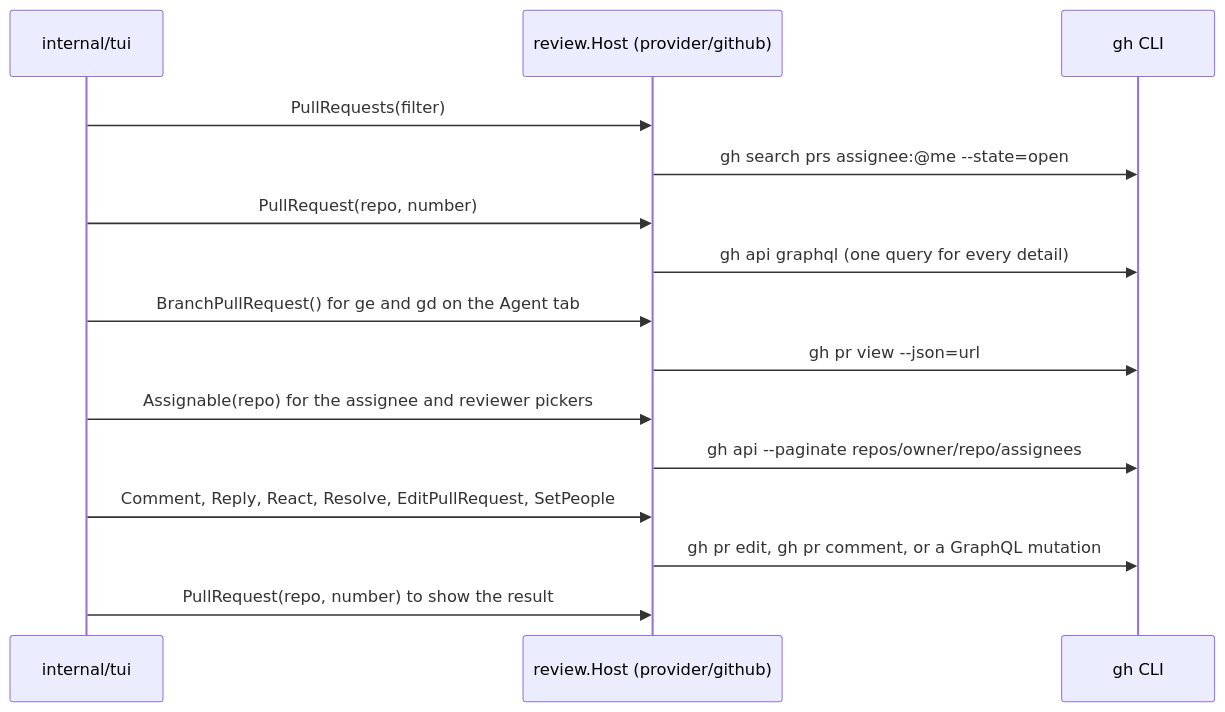
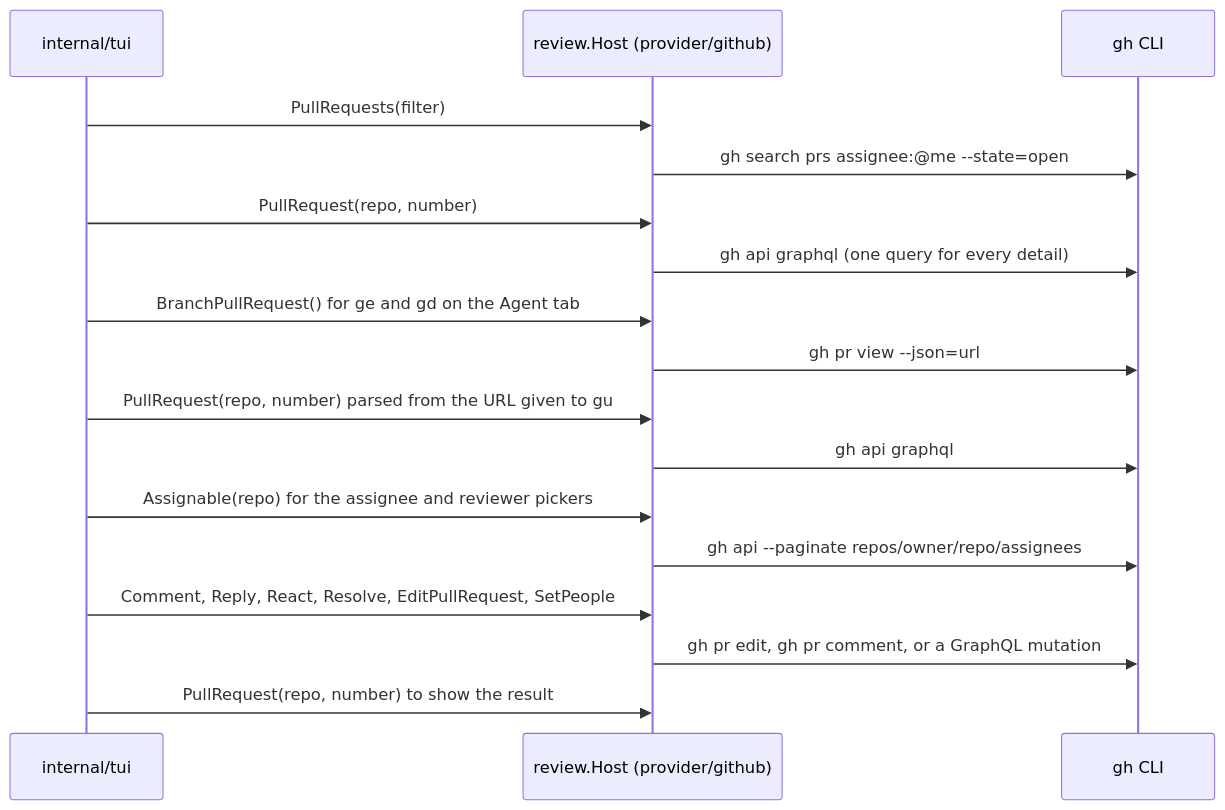
One commit to jfmainville/revunk changed the diagram in docs/pull-requests.md. Above: the diagram before and after it, drawn with Mermaid. The commit also changed other lines of this file and 10 other files, not shown here.

Commit message:
feat(tui): open a pull request's review diff from its URL (PER-326) (#7)

````diff
--- a/docs/pull-requests.md
+++ b/docs/pull-requests.md
@@ -7,17 +7,19 @@
 ```mermaid
 sequenceDiagram
     participant TUI as internal/tui
     participant Host as review.Host (provider/github)
     participant GH as gh CLI
     TUI->>Host: PullRequests(filter)
     Host->>GH: gh search prs assignee:@me --state=open
     TUI->>Host: PullRequest(repo, number)
     Host->>GH: gh api graphql (one query for every detail)
     TUI->>Host: BranchPullRequest() for ge and gd on the Agent tab
     Host->>GH: gh pr view --json=url
+    TUI->>Host: PullRequest(repo, number) parsed from the URL given to gu
+    Host->>GH: gh api graphql
     TUI->>Host: Assignable(repo) for the assignee and reviewer pickers
     Host->>GH: gh api --paginate repos/owner/repo/assignees
     TUI->>Host: Comment, Reply, React, Resolve, EditPullRequest, SetPeople
     Host->>GH: gh pr edit, gh pr comment, or a GraphQL mutation
     TUI->>Host: PullRequest(repo, number) to show the result
 ```
````
